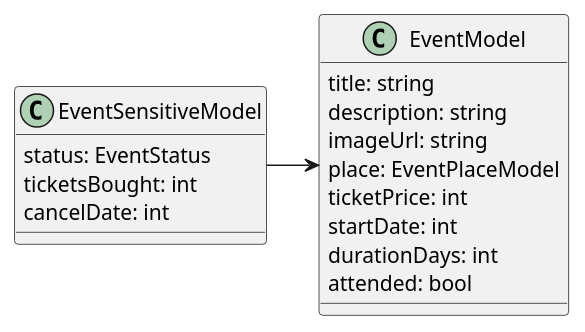
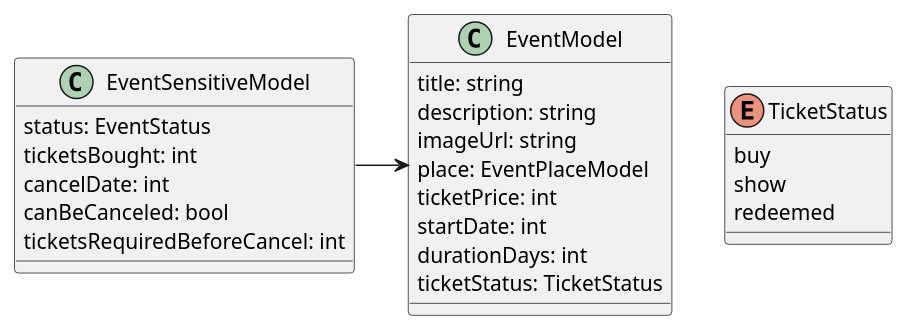
Diagram 20 of 25 in README.org (ai-shift/cyber-valley-tickets), drawn with PlantUML before and after one commit. The commit also changed other lines of this file and 1 other file, not shown here.

```diff
--- a/README.org
+++ b/README.org
@@ -751,20 +751,28 @@
 #+begin_src plantuml :file ./img/event-model.png
 class EventModel {
   title: string
   description: string
   imageUrl: string
   place: EventPlaceModel
   ticketPrice: int
   startDate: int
   durationDays: int
-  attended: bool
+  ticketStatus: TicketStatus
 }
 
 class EventSensitiveModel {
   status: EventStatus
   ticketsBought: int
   cancelDate: int
+  canBeCanceled: bool
+  ticketsRequiredBeforeCancel: int
+}
+
+enum TicketStatus {
+  buy
+  show
+  redeemed
 }
 
 EventSensitiveModel -> EventModel
 #+end_src
```
